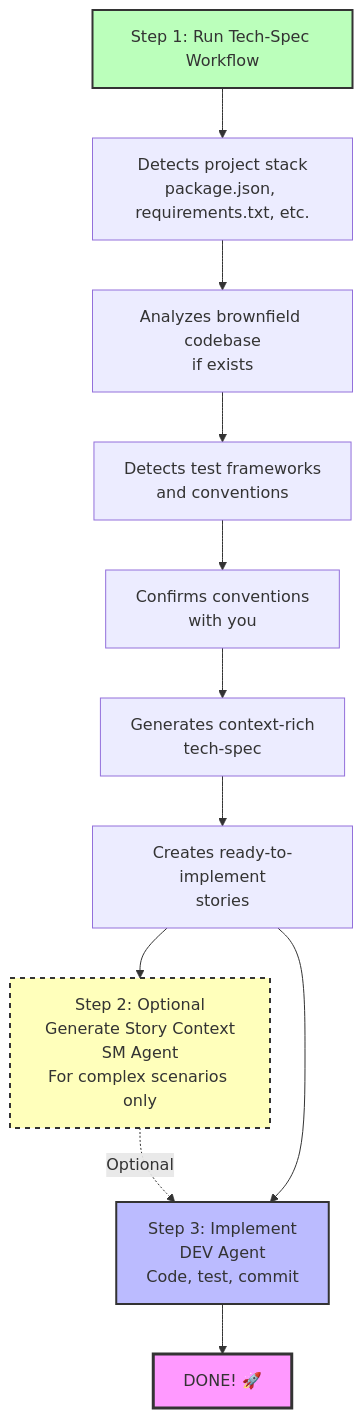
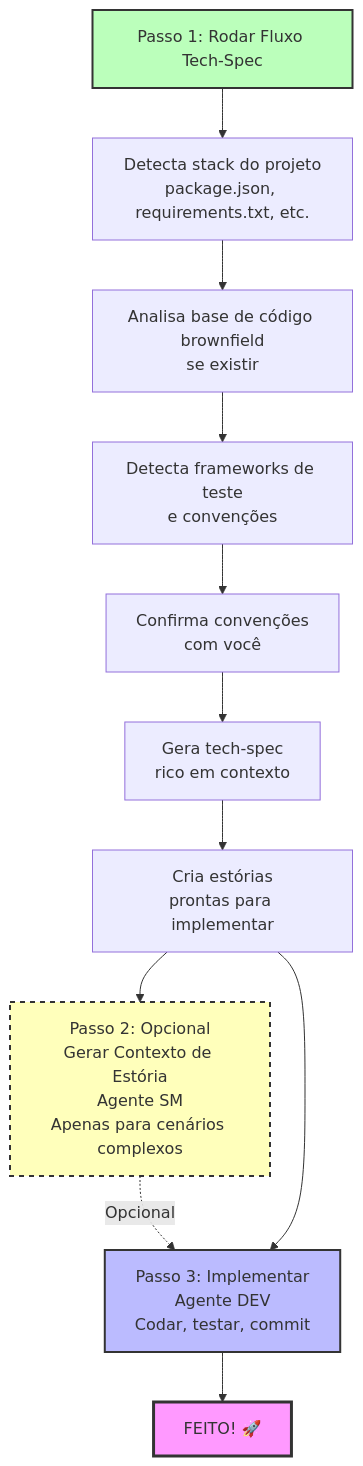
The diagram in _bmad/bmm/docs/quick-spec-flow_pt-br.md (helton-godoy/template-bmad), drawn with Mermaid before and after one commit. The commit also changed other lines of this file and 11 other files, not shown here.

````diff
--- a/_bmad/bmm/docs/quick-spec-flow_pt-br.md
+++ b/_bmad/bmm/docs/quick-spec-flow_pt-br.md
@@ -36,33 +36,32 @@
 ```mermaid
 flowchart TD
-    START[Step 1: Run Tech-Spec Workflow]
-    DETECT[Detects project stack<br/>package.json, requirements.txt, etc.]
-    ANALYZE[Analyzes brownfield codebase<br/>if exists]
-    TEST[Detects test frameworks<br/>and conventions]
-    CONFIRM[Confirms conventions<br/>with you]
-    GENERATE[Generates context-rich<br/>tech-spec]
-    STORIES[Creates ready-to-implement<br/>stories]
+    START[Passo 1: Rodar Fluxo Tech-Spec]
+    DETECT[Detecta stack do projeto<br/>package.json, requirements.txt, etc.]
+    ANALYZE[Analisa base de código brownfield<br/>se existir]
+    TEST[Detecta frameworks de teste<br/>e convenções]
+    CONFIRM[Confirma convenções<br/>com você]
+    GENERATE[Gera tech-spec<br/>rico em contexto]
+    STORIES[Cria estórias<br/>prontas para implementar]
 
-    OPTIONAL[Step 2: Optional<br/>Generate Story Context<br/>SM Agent<br/>For complex scenarios only]
+    OPTIONAL[Passo 2: Opcional<br/>Gerar Contexto de Estória<br/>Agente SM<br/>Apenas para cenários complexos]
 
-    IMPL[Step 3: Implement<br/>DEV Agent<br/>Code, test, commit]
+    IMPL[Passo 3: Implementar<br/>Agente DEV<br/>Codar, testar, commit]
 
-    DONE[DONE! 🚀]
+    DONE[FEITO! 🚀]
 
     START --> DETECT
     DETECT --> ANALYZE
     ANALYZE --> TEST
     TEST --> CONFIRM
     CONFIRM --> GENERATE
     GENERATE --> STORIES
     STORIES --> OPTIONAL
-    OPTIONAL -.->|Optional| IMPL
+    OPTIONAL -.->|Opcional| IMPL
     STORIES --> IMPL
     IMPL --> DONE
 
     style START fill:#bfb,stroke:#333,stroke-width:2px
     style OPTIONAL fill:#ffb,stroke:#333,stroke-width:2px,stroke-dasharray: 5 5
     style IMPL fill:#bbf,stroke:#333,stroke-width:2px
     style DONE fill:#f9f,stroke:#333,stroke-width:3px
-
 ```
````
